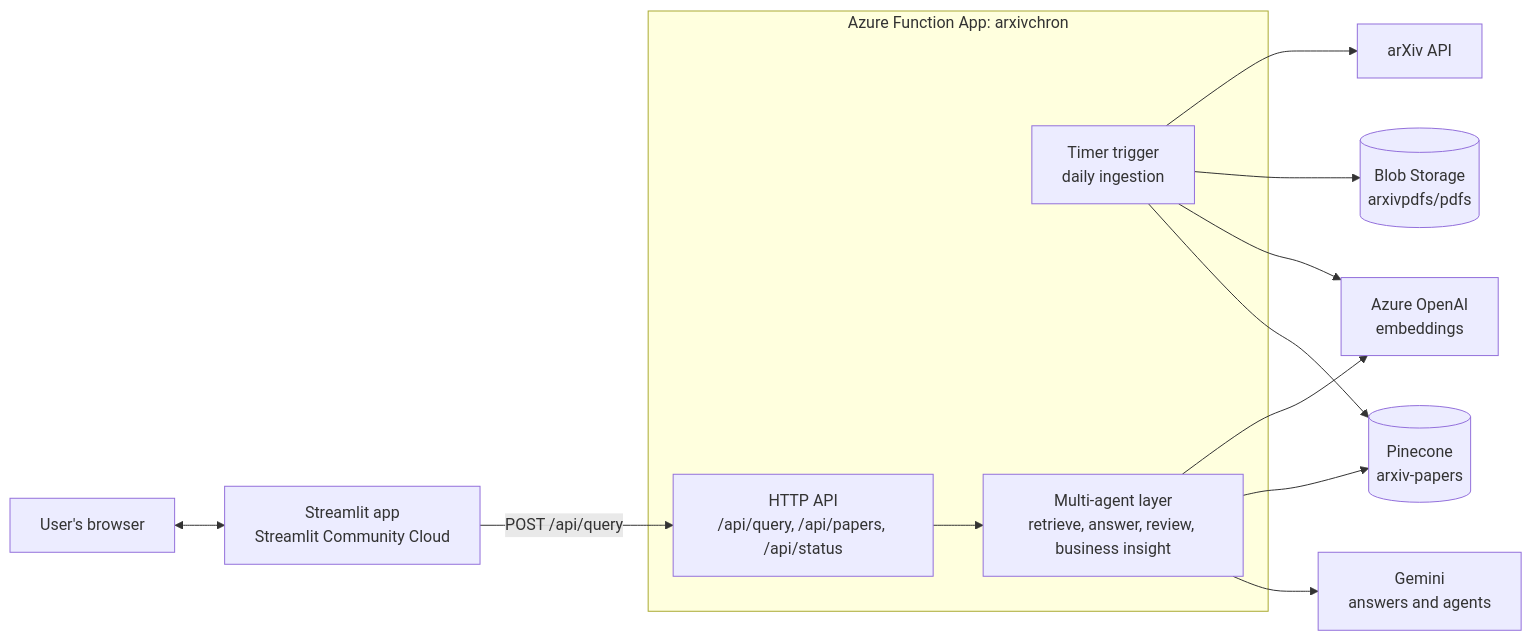
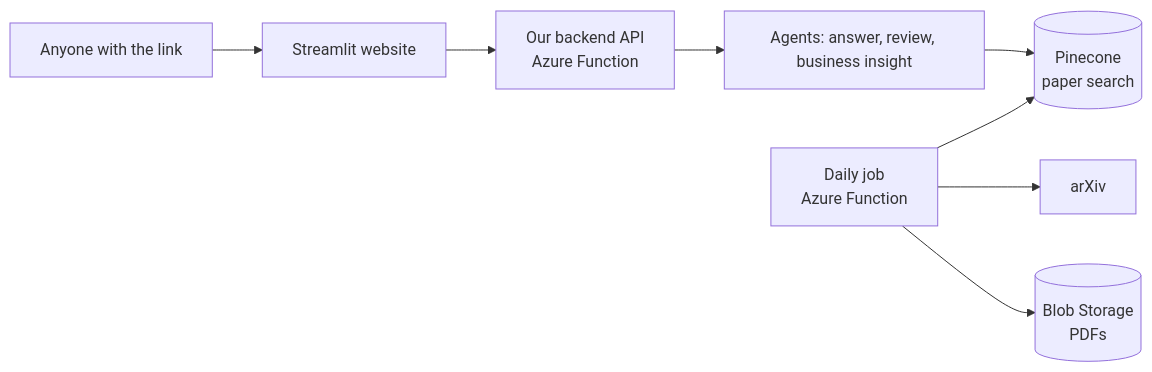
Before and after one commit to Break-Through-Tech/KPMG-1E-ai-research-intelligence-agent-for-business-insight-translation: the first of 2 diagrams in ROADMAP.md, drawn with Mermaid. The commit also changed other lines of this file and 1 other file, not shown here.

Commit message:
Simplify roadmap into a high-level overview and move task details to docs/

````diff
--- a/ROADMAP.md
+++ b/ROADMAP.md
@@ -41,21 +20,10 @@
 ```mermaid
 flowchart LR
-    U[User's browser] <--> FE[Streamlit app<br/>Streamlit Community Cloud]
-    FE -- "POST /api/query" --> API
-
-    subgraph AZ[Azure Function App: arxivchron]
-        API[HTTP API<br/>/api/query, /api/papers, /api/status]
-        CRON[Timer trigger<br/>daily ingestion]
-        AG[Multi-agent layer<br/>retrieve, answer, review, business insight]
-        API --> AG
-    end
-
-    AG --> AOAI[Azure OpenAI<br/>embeddings]
-    AG --> PC[(Pinecone<br/>arxiv-papers)]
-    AG --> LLM[Gemini<br/>answers and agents]
-
-    CRON --> ARX[arXiv API]
-    CRON --> BLOB[(Blob Storage<br/>arxivpdfs/pdfs)]
-    CRON --> AOAI
-    CRON --> PC
+    User[Anyone with the link] --> Web[Streamlit website]
+    Web --> API[Our backend API<br/>Azure Function]
+    API --> Brain[Agents: answer, review, business insight]
+    Brain --> DB[(Pinecone<br/>paper search)]
+    Daily[Daily job<br/>Azure Function] --> ArXiv[arXiv]
+    Daily --> Files[(Blob Storage<br/>PDFs)]
+    Daily --> DB
 ```
````
